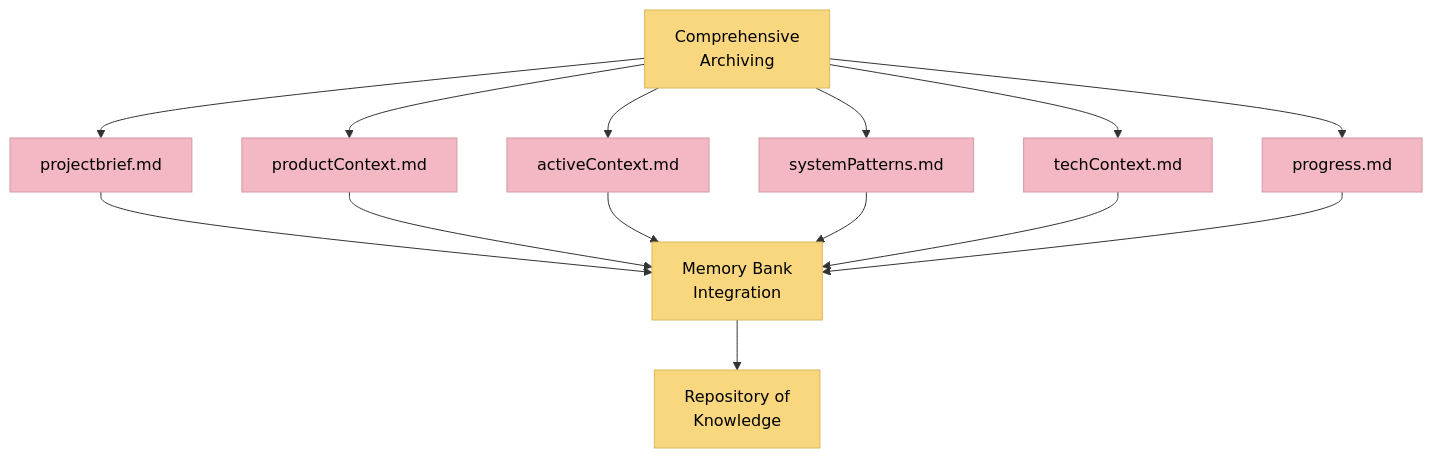
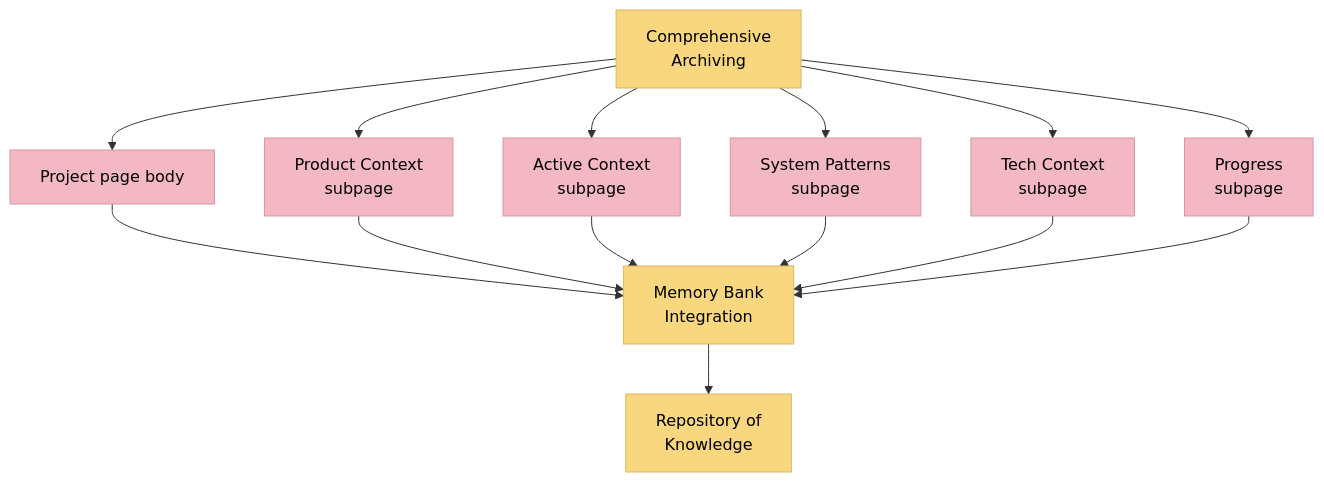
Before and after one commit to xianzhu21/cursor-memory-notion: the fifth of 5 diagrams in .cursor/rules/isolation_rules/Level4/archive-comprehensive.mdc, drawn with Mermaid. The commit also changed other lines of this file and 37 other files, not shown here.

````diff
--- a/.cursor/rules/isolation_rules/Level4/archive-comprehensive.mdc
+++ b/.cursor/rules/isolation_rules/Level4/archive-comprehensive.mdc
@@ -501,18 +501,18 @@
 ```mermaid
 flowchart TD
     classDef memfile fill:#f4b8c4,stroke:#d498a4,color:#000
     classDef process fill:#f9d77e,stroke:#d9b95c,color:#000
     
-    Archiving[Comprehensive<br>Archiving] --> PB[projectbrief.md]
-    Archiving --> PC[productContext.md]
-    Archiving --> AC[activeContext.md]
-    Archiving --> SP[systemPatterns.md]
-    Archiving --> TC[techContext.md]
-    Archiving --> P[progress.md]
+    Archiving[Comprehensive<br>Archiving] --> PB["Project page body"]
+    Archiving --> PC["Product Context<br>subpage"]
+    Archiving --> AC["Active Context<br>subpage"]
+    Archiving --> SP["System Patterns<br>subpage"]
+    Archiving --> TC["Tech Context<br>subpage"]
+    Archiving --> P["Progress<br>subpage"]
     
     PB & PC & AC & SP & TC & P --> MBI[Memory Bank<br>Integration]
     MBI --> Next[Repository of<br>Knowledge]
     
     class PB,PC,AC,SP,TC,P memfile
     class Archiving,MBI,Next process
 ```
````
